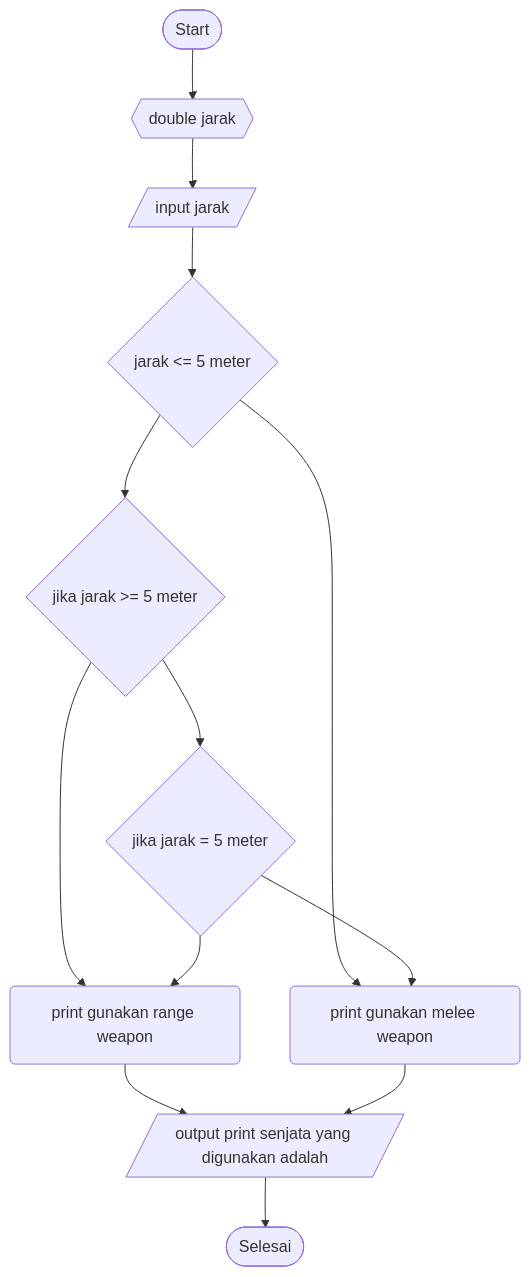
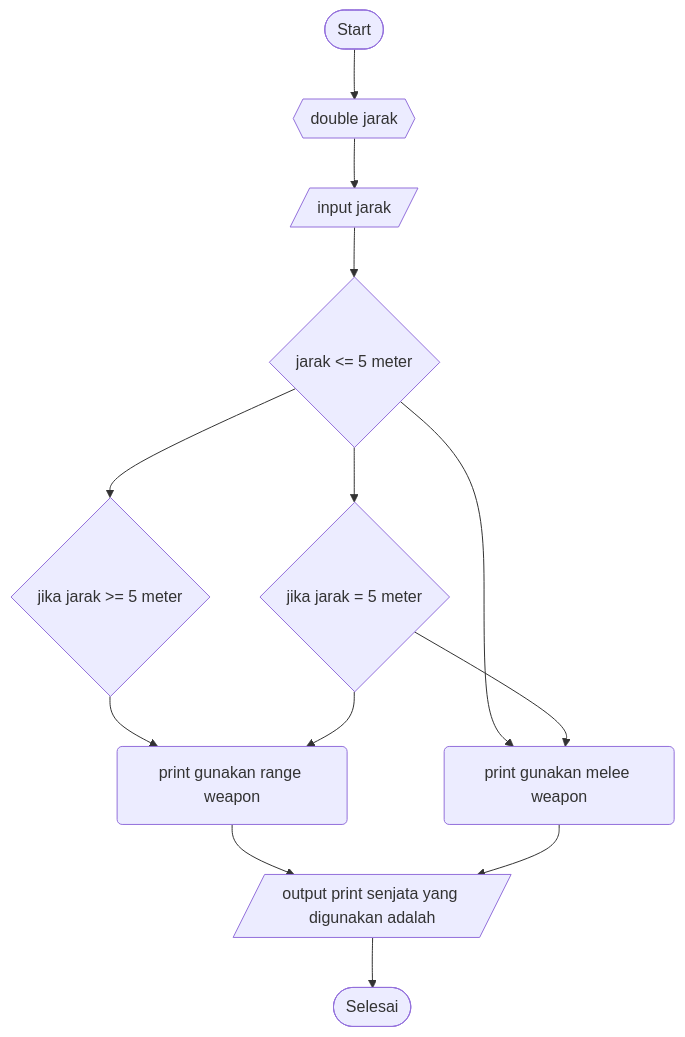
The diagram in JustForFun.md (SATRIODIANNUGROHO/Sample2.1), drawn with Mermaid before and after one commit.

````diff
--- a/JustForFun.md
+++ b/JustForFun.md
@@ -3,15 +3,15 @@
 ```mermaid
 graph TD;
     A([Start])-->B{{double jarak}};
     B{{double jarak}}-->C[/input jarak/];
     C[/input jarak/]-->D{jarak kurang dari 5 meter};
     D{jarak <= 5 meter}-->E(print gunakan melee weapon);
     D{jarak <= 5 meter}-->F{jika jarak >= 5 meter};
     F{jika jarak >= 5 meter}-->G(print gunakan range weapon);
-    F{jika jarak >= 5 meter}-->J{jika jarak = 5 meter};
+    D{jarak <= 5 meter}-->J{jika jarak = 5 meter};
     J{jika jarak = 5 meter}-->E(print gunakan melee weapon);
     J{jika jarak = 5 meter}-->G(print gunakan range weapon);
     G(print gunakan range weapon)-->H[/output print senjata yang digunakan adalah/];
     E(print gunakan melee weapon)-->H[/output print senjata yang digunakan adalah/];
     H[/output print senjata yang digunakan adalah/]-->I([Selesai]);
 ```
````
